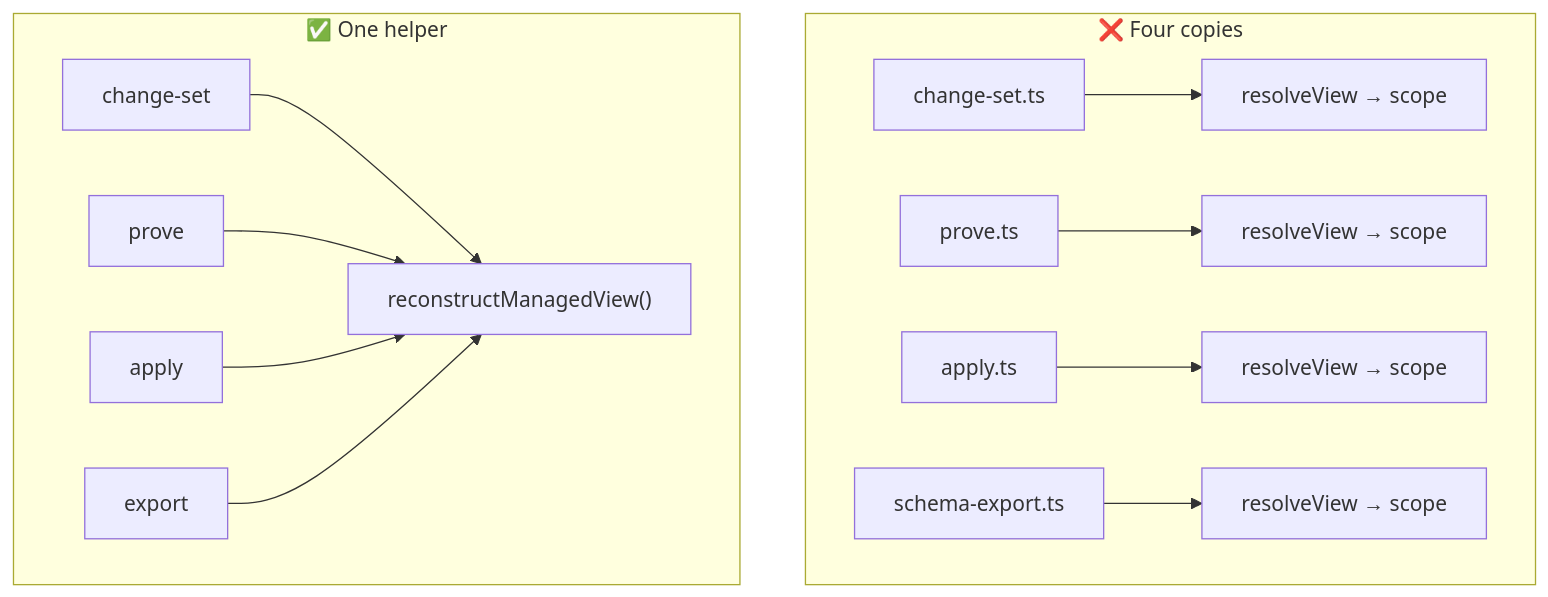
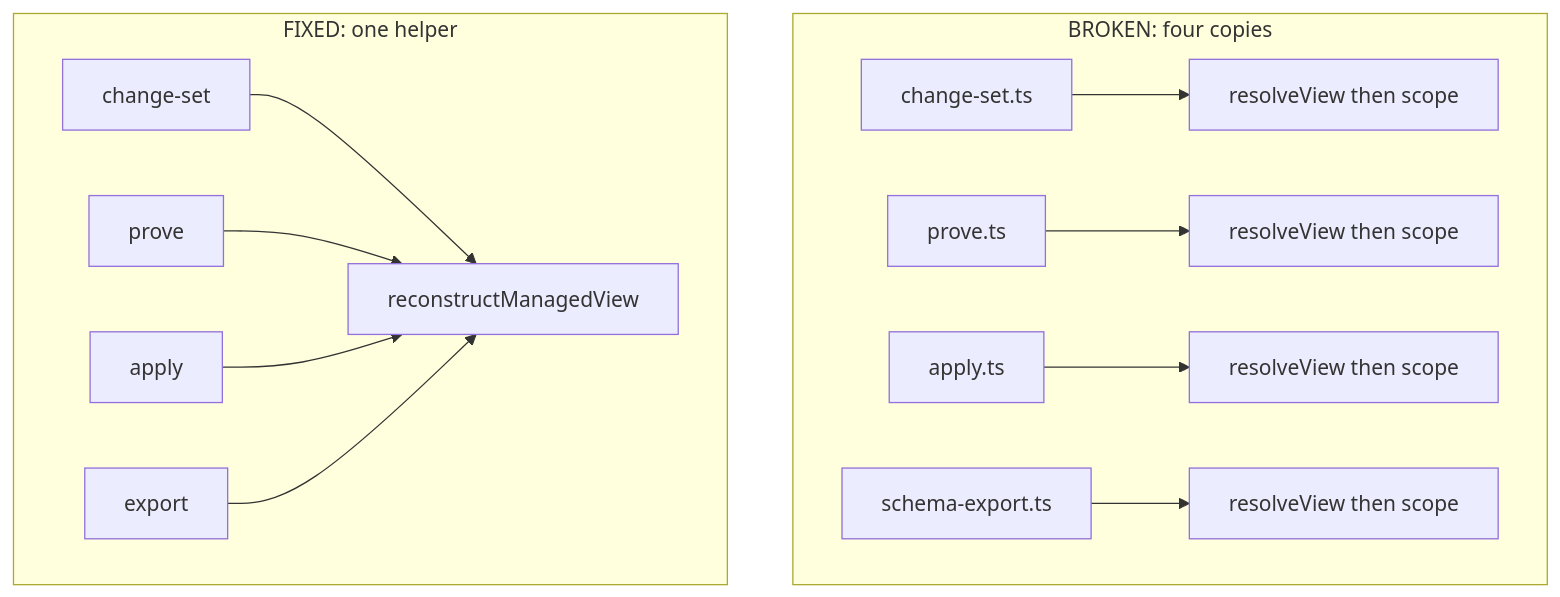
Before and after one commit to 7ttp/pg-toolbelt: the fourth of 11 diagrams in docs/roadmap/agent-tracks/OVERVIEW.md, drawn with Mermaid. The commit also changed other lines of this file and 2 other files, not shown here.

````diff
--- a/docs/roadmap/agent-tracks/OVERVIEW.md
+++ b/docs/roadmap/agent-tracks/OVERVIEW.md
@@ -166,21 +177,21 @@
 ```mermaid
 flowchart TB
-  subgraph before_v1 ["❌ Four copies"]
+  subgraph before_v1 [BROKEN: four copies]
     CS[change-set.ts]
     PR[prove.ts]
     AP[apply.ts]
     EX[schema-export.ts]
-    CS --> RV1[resolveView → scope]
-    PR --> RV2[resolveView → scope]
-    AP --> RV3[resolveView → scope]
-    EX --> RV4[resolveView → scope]
+    CS --> RV1[resolveView then scope]
+    PR --> RV2[resolveView then scope]
+    AP --> RV3[resolveView then scope]
+    EX --> RV4[resolveView then scope]
   end
 
-  subgraph after_v1 ["✅ One helper"]
-    H["reconstructManagedView()"]
+  subgraph after_v1 [FIXED: one helper]
+    H[reconstructManagedView]
     CS2[change-set] --> H
     PR2[prove] --> H
     AP2[apply] --> H
     EX2[export] --> H
   end
 ```
````
